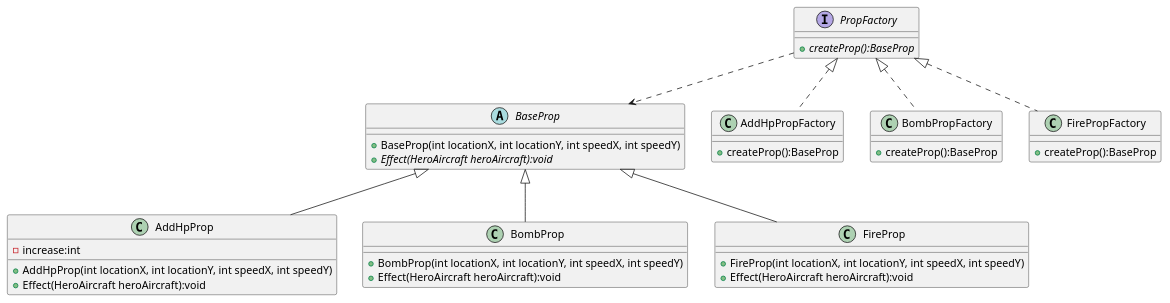
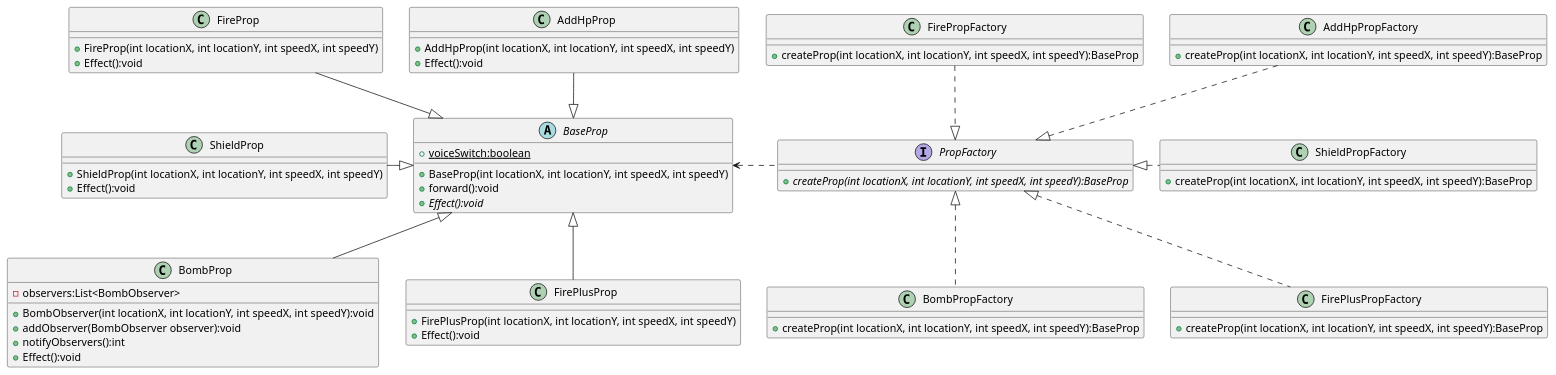
Before and after one commit to arth-saer/AircraftWar: the diagram in uml/PropFactory.puml, drawn with PlantUML. The commit also changed 77 other files, not shown here.

```diff
--- a/uml/PropFactory.puml
+++ b/uml/PropFactory.puml
@@ -1,57 +1,82 @@
 @startuml
 'https://plantuml.com/class-diagram
 
 abstract class BaseProp{
+    + {static} voiceSwitch:boolean
     + BaseProp(int locationX, int locationY, int speedX, int speedY)
-    + {abstract} Effect(HeroAircraft heroAircraft):void
+    + forward():void
+    + {abstract} Effect():void
 }
 
 
 class AddHpProp{
-    - increase:int
     + AddHpProp(int locationX, int locationY, int speedX, int speedY)
-    + Effect(HeroAircraft heroAircraft):void
+    + Effect():void
 }
 
 class BombProp{
-    + BombProp(int locationX, int locationY, int speedX, int speedY)
-    + Effect(HeroAircraft heroAircraft):void
+    - observers:List<BombObserver>
+    + BombObserver(int locationX, int locationY, int speedX, int speedY):void
+    + addObserver(BombObserver observer):void
+    + notifyObservers():int
+    + Effect():void
 }
 
 class FireProp{
     + FireProp(int locationX, int locationY, int speedX, int speedY)
-    + Effect(HeroAircraft heroAircraft):void
+    + Effect():void
+}
+class FirePlusProp{
+    + FirePlusProp(int locationX, int locationY, int speedX, int speedY)
+    + Effect():void
 }
 
-BaseProp <|-- AddHpProp
-BaseProp <|-- BombProp
-BaseProp <|-- FireProp
+class ShieldProp{
+    + ShieldProp(int locationX, int locationY, int speedX, int speedY)
+    + Effect():void
+}
+
+BaseProp <|-up- AddHpProp
+BaseProp <|-down- BombProp
+BaseProp <|-up- FireProp
+BaseProp <|-down- FirePlusProp
+BaseProp <|-left- ShieldProp
 
 interface PropFactory
 {
-    + {abstract} createProp():BaseProp
+    + {abstract} createProp(int locationX, int locationY, int speedX, int speedY):BaseProp
 }
 
 class AddHpPropFactory
 {
-    + createProp():BaseProp
+    + createProp(int locationX, int locationY, int speedX, int speedY):BaseProp
 }
 class BombPropFactory
 {
-    + createProp():BaseProp
+    + createProp(int locationX, int locationY, int speedX, int speedY):BaseProp
 }
 class FirePropFactory
 {
-    + createProp():BaseProp
+    + createProp(int locationX, int locationY, int speedX, int speedY):BaseProp
+}
+class FirePlusPropFactory
+{
+    + createProp(int locationX, int locationY, int speedX, int speedY):BaseProp
+}
+class ShieldPropFactory
+{
+    + createProp(int locationX, int locationY, int speedX, int speedY):BaseProp
 }
 
-PropFactory <|.. AddHpPropFactory
-PropFactory <|.. BombPropFactory
-PropFactory <|.. FirePropFactory
+PropFactory <|.up. AddHpPropFactory
+PropFactory <|.down. BombPropFactory
+PropFactory <|.up. FirePropFactory
+PropFactory <|.down. FirePlusPropFactory
+PropFactory <|.right. ShieldPropFactory
 
-PropFactory ..> BaseProp
+PropFactory .left.> BaseProp
 
 'AddHpPropFactory ..> AddHpProp
 'BombPropFactory ..> BombProp
 'FirePropFactory ..> FireProp
 @enduml
```
